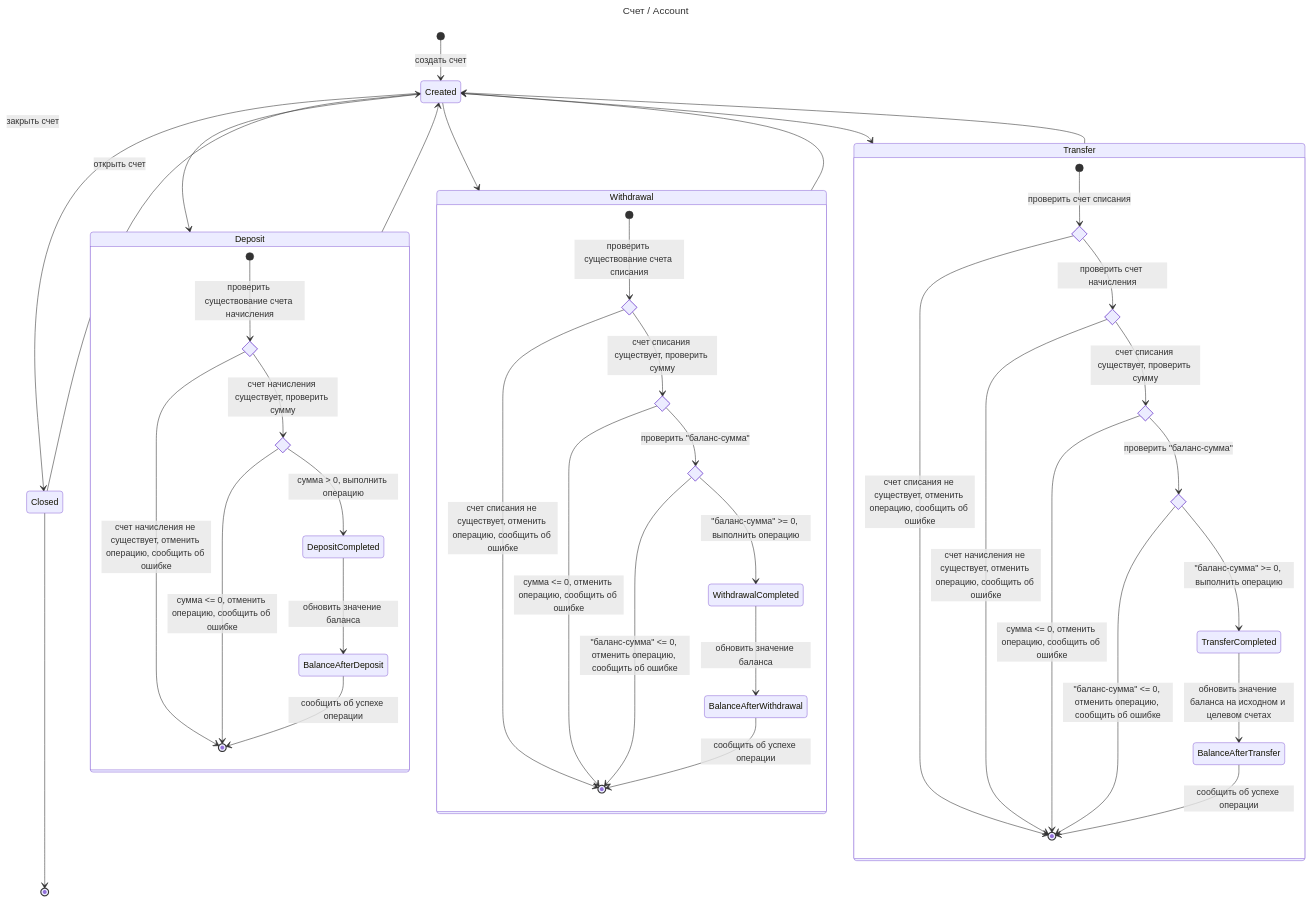
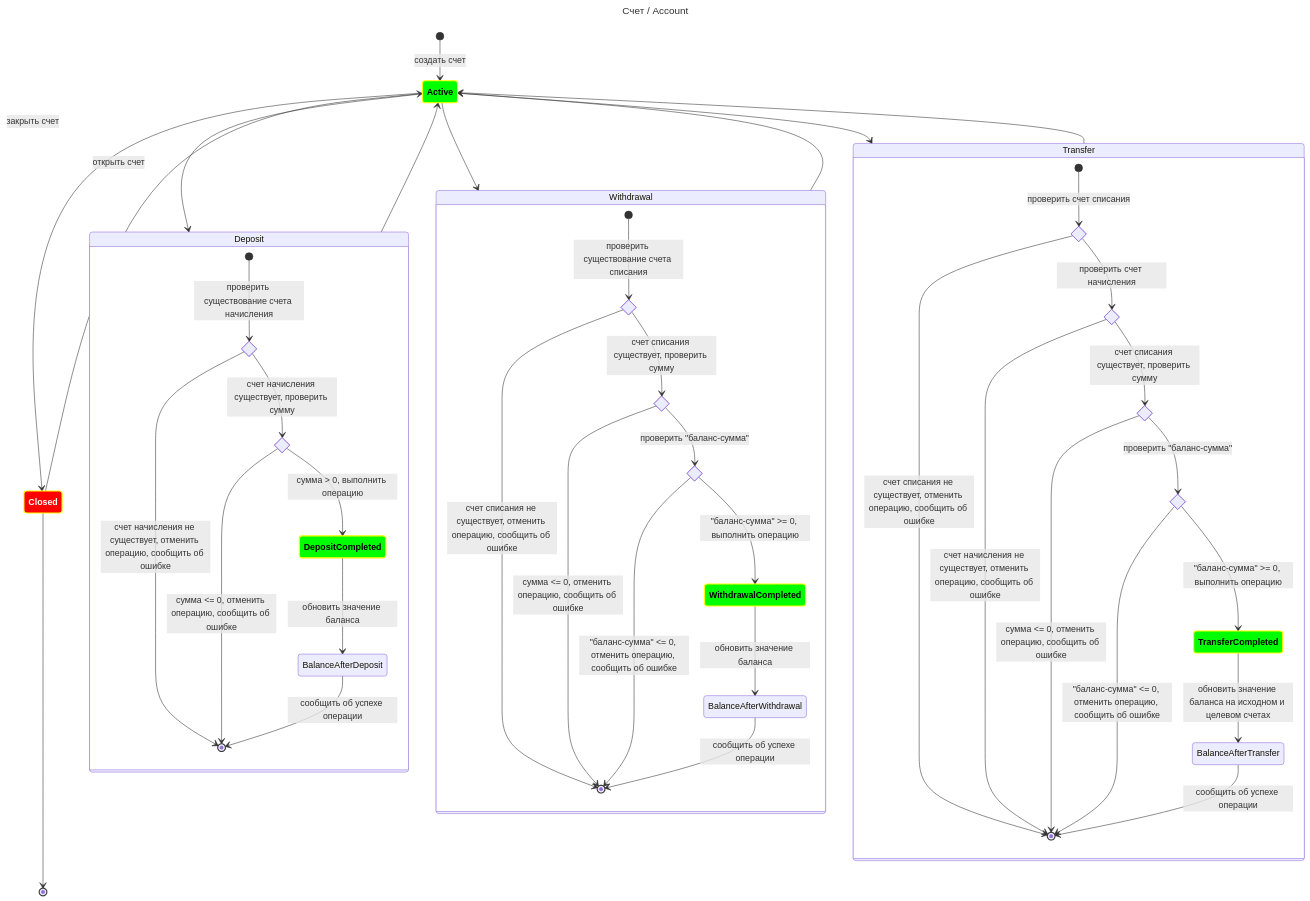
The diagram in java_basics/oopJava/doc/uml/state-diagram-financial-entities.md (Nokhrin/silly_bus), drawn with Mermaid before and after one commit. The commit also changed 2 other files, not shown here.

Commit message:
Проектирование
- удалены непредусмотренные требованиями метода на диаграмме классов
- добавлено форматирование состояний
- уточнена методика курса

````diff
--- a/java_basics/oopJava/doc/uml/state-diagram-financial-entities.md
+++ b/java_basics/oopJava/doc/uml/state-diagram-financial-entities.md
@@ -4,13 +4,17 @@
 ---
 
 stateDiagram-v2
-    [*] --> Created : создать счет
+    direction TB
+    classDef trueBranch fill:#00ff00,color:black,font-weight:bold,stroke-width:2px,stroke:yellow
+    classDef falseBranch fill:#f00,color:white,font-weight:bold,stroke-width:2px,stroke:yellow
+
+    [*] --> Active : создать счет
     
-    Created --> Closed : закрыть счет
-    Closed --> Created : открыть счет
+    Active --> Closed : закрыть счет
+    Closed --> Active : открыть счет
 
     %% Пополнение
-    Created --> Deposit
+    Active --> Deposit
 
     
     state Deposit {
@@ -27,11 +31,11 @@
         BalanceAfterDeposit --> [*] : сообщить об успехе операции
 
     }
-    Deposit --> Created
+    Deposit --> Active
 
 
     %% Снятие
-    Created --> Withdrawal
+    Active --> Withdrawal
     
 
     
@@ -53,11 +57,11 @@
         BalanceAfterWithdrawal --> [*] : сообщить об успехе операции
 
     }
-    Withdrawal --> Created
+    Withdrawal --> Active
 
 
     %% Перевод
-    Created --> Transfer
+    Active --> Transfer
     
     state Transfer {
 
@@ -83,8 +87,13 @@
         BalanceAfterTransfer --> [*] : сообщить об успехе операции
 
     }
-    Transfer --> Created
+    Transfer --> Active
 
 
     Closed --> [*]
+
+    %% Стили
+    class Active, DepositCompleted, WithdrawalCompleted, TransferCompleted trueBranch
+    class Closed falseBranch
+
 ```
````
